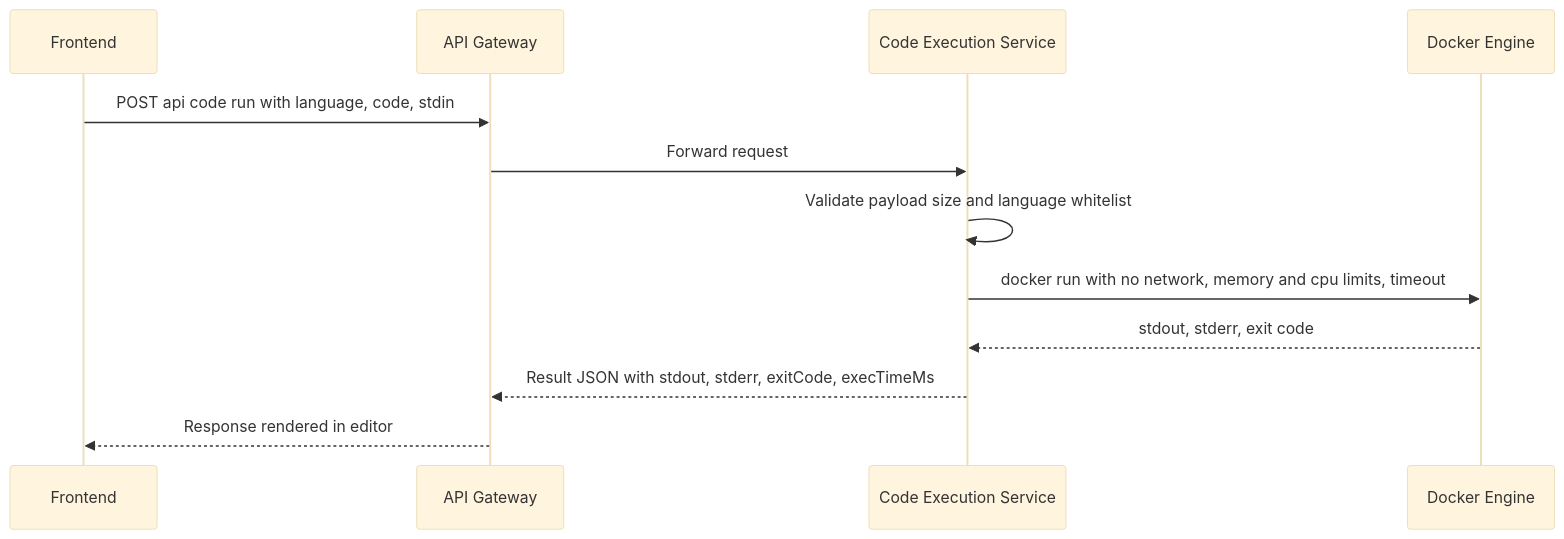
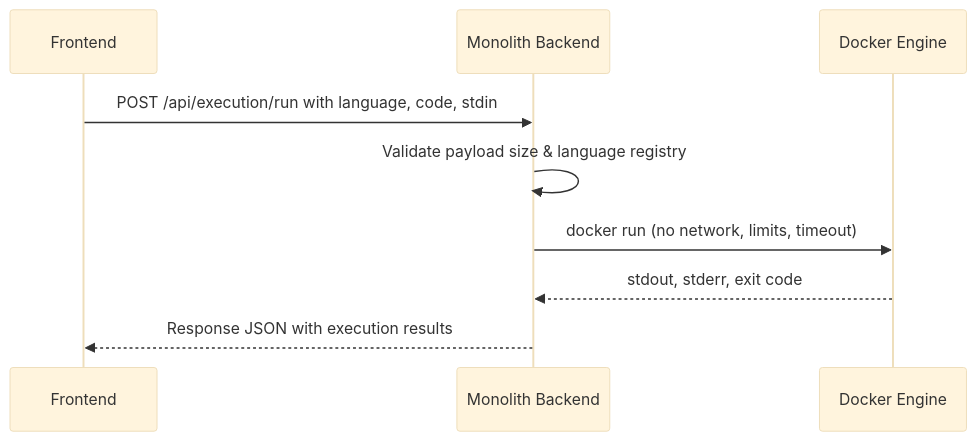
The fourth of 5 diagrams in docs/02-architecture-hld.md (123suraj-sky/DevOps-Suite), drawn with Mermaid (base theme) before and after one commit. The commit also changed other lines of this file and 116 other files, not shown here.

First line of the commit message:
refactor: convert microservices to monolithic architecture

````diff
--- a/docs/02-architecture-hld.md
+++ b/docs/02-architecture-hld.md
@@ -89,15 +55,12 @@
 ```mermaid
 sequenceDiagram
     participant FE as Frontend
-    participant GW as API Gateway
-    participant CE as Code Execution Service
+    participant MN as Monolith Backend
     participant D as Docker Engine
 
-    FE->>GW: POST api code run with language, code, stdin
-    GW->>CE: Forward request
-    CE->>CE: Validate payload size and language whitelist
-    CE->>D: docker run with no network, memory and cpu limits, timeout
-    D-->>CE: stdout, stderr, exit code
-    CE-->>GW: Result JSON with stdout, stderr, exitCode, execTimeMs
-    GW-->>FE: Response rendered in editor
+    FE->>MN: POST /api/execution/run with language, code, stdin
+    MN->>MN: Validate payload size & language registry
+    MN->>D: docker run (no network, limits, timeout)
+    D-->>MN: stdout, stderr, exit code
+    MN-->>FE: Response JSON with execution results
 ```
````
